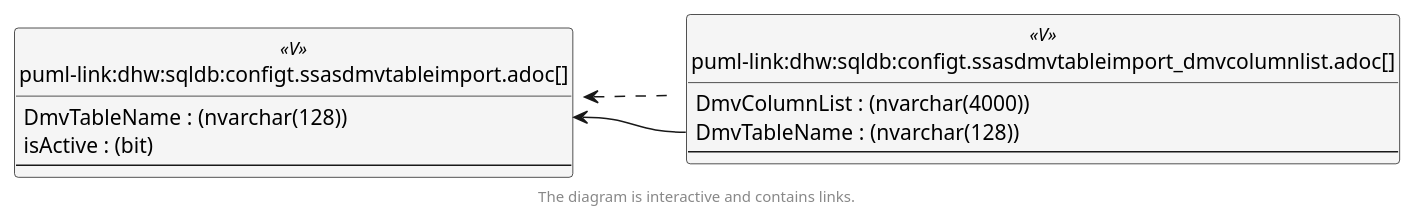
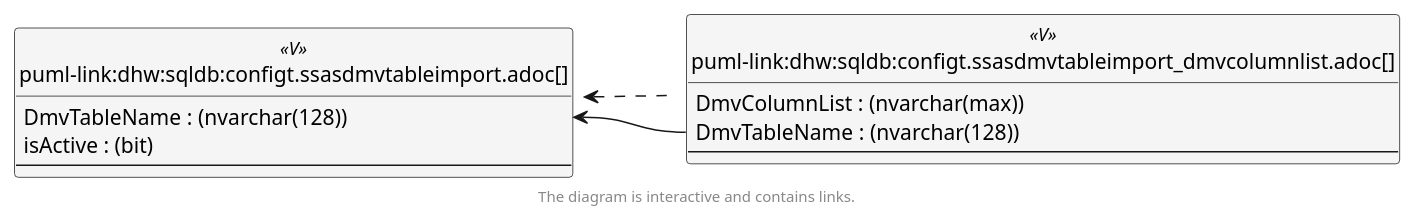
The sixth of 6 diagrams in docs/modules/sqldb/partials/content/configt.ssasdmvtableimport.adoc (DataHandwerk/dhw-antora-sqldb), drawn with PlantUML before and after one commit. The commit also changed 701 other files, not shown here.

```diff
--- a/docs/modules/sqldb/partials/content/configt.ssasdmvtableimport.adoc
+++ b/docs/modules/sqldb/partials/content/configt.ssasdmvtableimport.adoc
@@ -716,49 +716,49 @@
 [plantuml, entity_1_1_colref-{docname}, svg, subs=macros]
 ....
 @startuml
 left to right direction
 'top to bottom direction
 hide circle
 'avoide "." issues:
 set namespaceSeparator none
 
 
 skinparam class {
   BackgroundColor White
   BackgroundColor<<FN>> Yellow
   BackgroundColor<<FS>> Yellow
   BackgroundColor<<FT>> LightGray
   BackgroundColor<<IF>> Yellow
   BackgroundColor<<IS>> Yellow
   BackgroundColor<<P>>  Aqua
   BackgroundColor<<PC>> Aqua
   BackgroundColor<<SN>> Yellow
   BackgroundColor<<SO>> SlateBlue
   BackgroundColor<<TF>> LightGray
   BackgroundColor<<TR>> Tomato
   BackgroundColor<<U>>  White
   BackgroundColor<<V>>  WhiteSmoke
   BackgroundColor<<X>>  Aqua
   BackgroundColor<<external>> AliceBlue
 }
 
 
 entity "puml-link:dhw:sqldb:configt.ssasdmvtableimport.adoc[]" as configT.SsasDmvTableImport << V >> {
   DmvTableName : (nvarchar(128))
   isActive : (bit)
   --
 }
 
 entity "puml-link:dhw:sqldb:configt.ssasdmvtableimport_dmvcolumnlist.adoc[]" as configT.SsasDmvTableImport_DmvColumnList << V >> {
-  DmvColumnList : (nvarchar(4000))
+  DmvColumnList : (nvarchar(max))
   DmvTableName : (nvarchar(128))
   --
 }
 
 configT.SsasDmvTableImport <.. configT.SsasDmvTableImport_DmvColumnList
 "configT.SsasDmvTableImport::DmvTableName" <-- "configT.SsasDmvTableImport_DmvColumnList::DmvTableName"
 
 footer The diagram is interactive and contains links.
 
 @enduml
 ....
```
